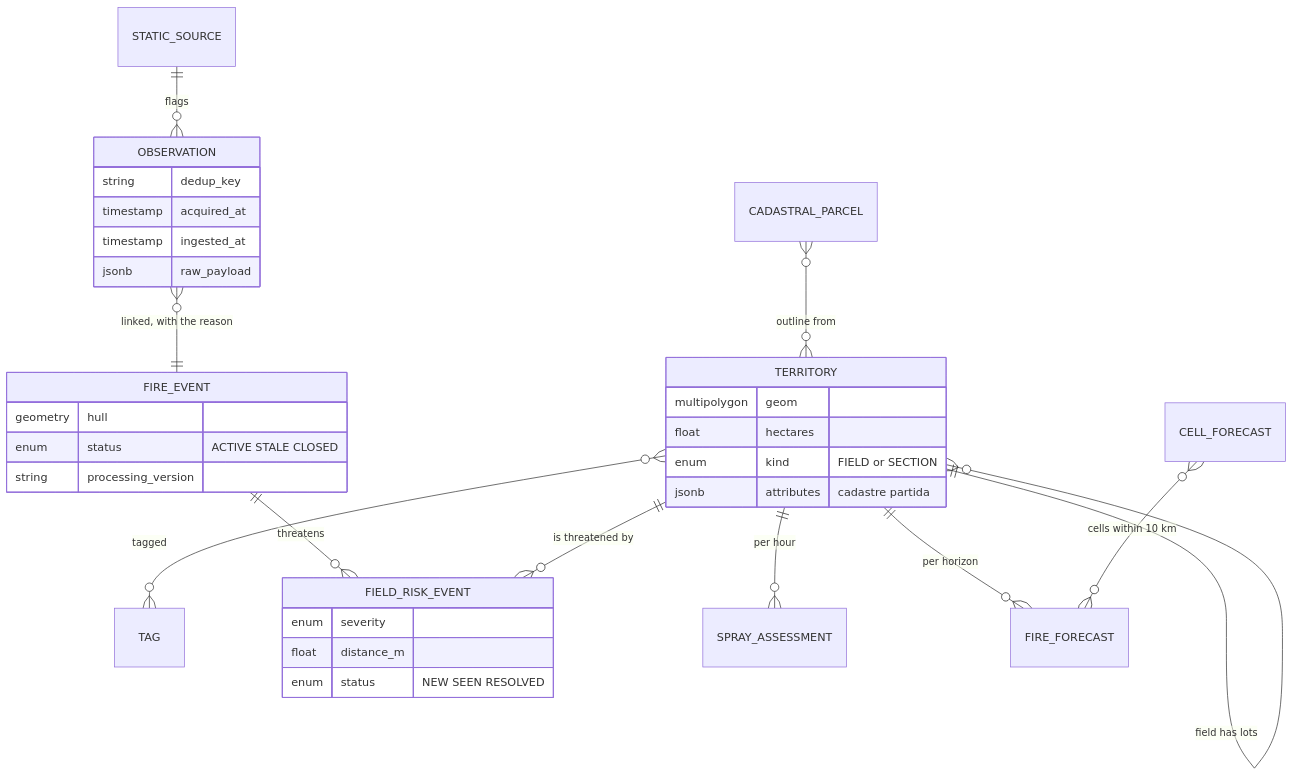
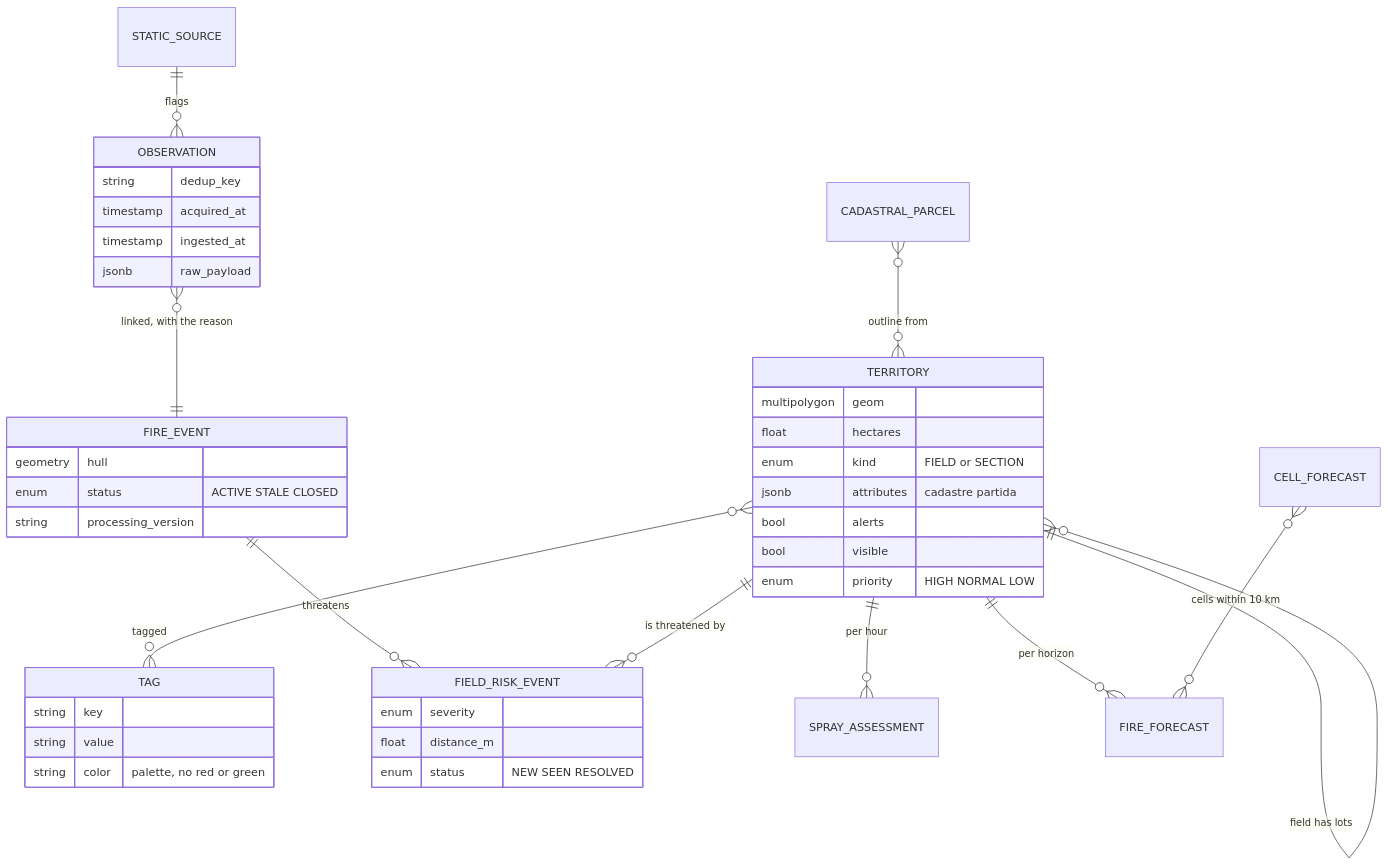
Before and after one commit to nickyperrone/Fire-Detection-System: the third of 10 diagrams in README.md, drawn with Mermaid. The commit also changed other lines of this file, not shown here.

Commit message:
Draw outline editing, field settings and tag colors in the README

````diff
--- a/README.md
+++ b/README.md
@@ -144,35 +145,43 @@
 ```mermaid
 erDiagram
     TERRITORY ||--o{ TERRITORY : "field has lots"
     TERRITORY }o--o{ TAG : "tagged"
     OBSERVATION }o--|| FIRE_EVENT : "linked, with the reason"
     FIRE_EVENT ||--o{ FIELD_RISK_EVENT : "threatens"
     TERRITORY ||--o{ FIELD_RISK_EVENT : "is threatened by"
     TERRITORY ||--o{ SPRAY_ASSESSMENT : "per hour"
     TERRITORY ||--o{ FIRE_FORECAST : "per horizon"
     CELL_FORECAST }o--o{ FIRE_FORECAST : "cells within 10 km"
     STATIC_SOURCE ||--o{ OBSERVATION : "flags"
     CADASTRAL_PARCEL }o--o{ TERRITORY : "outline from"
     TERRITORY {
         multipolygon geom
         float hectares
         enum kind "FIELD or SECTION"
         jsonb attributes "cadastre partida"
+        bool alerts
+        bool visible
+        enum priority "HIGH NORMAL LOW"
+    }
+    TAG {
+        string key
+        string value
+        string color "palette, no red or green"
     }
     OBSERVATION {
         string dedup_key
         timestamp acquired_at
         timestamp ingested_at
         jsonb raw_payload
     }
     FIRE_EVENT {
         geometry hull
         enum status "ACTIVE STALE CLOSED"
         string processing_version
     }
     FIELD_RISK_EVENT {
         enum severity
         float distance_m
         enum status "NEW SEEN RESOLVED"
     }
 ```
````
